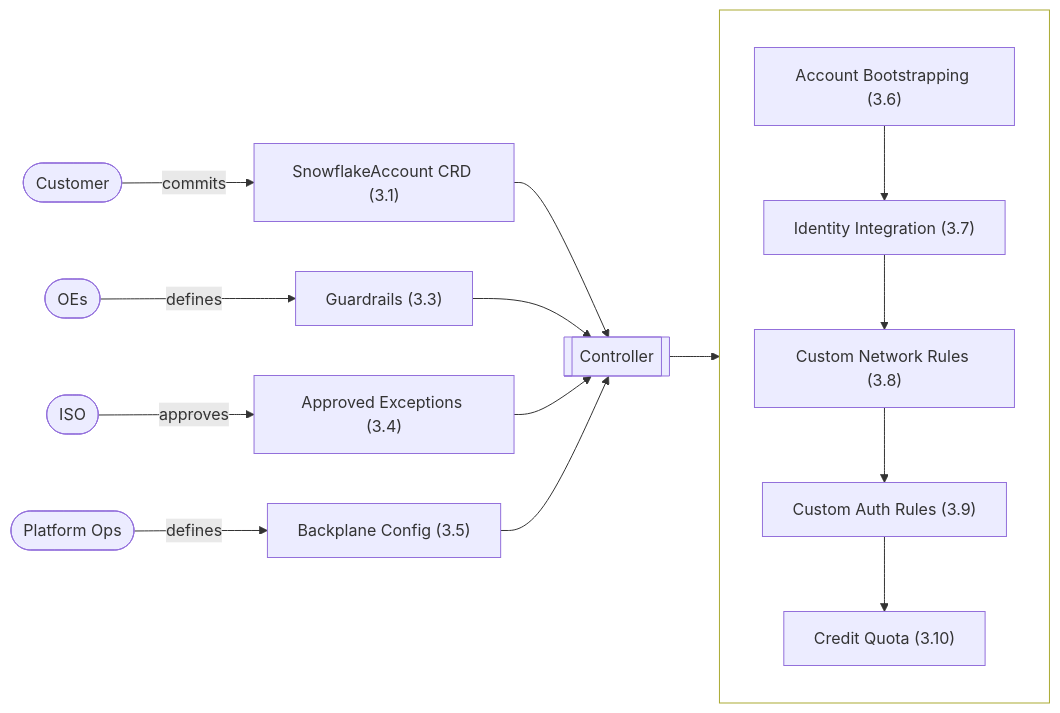
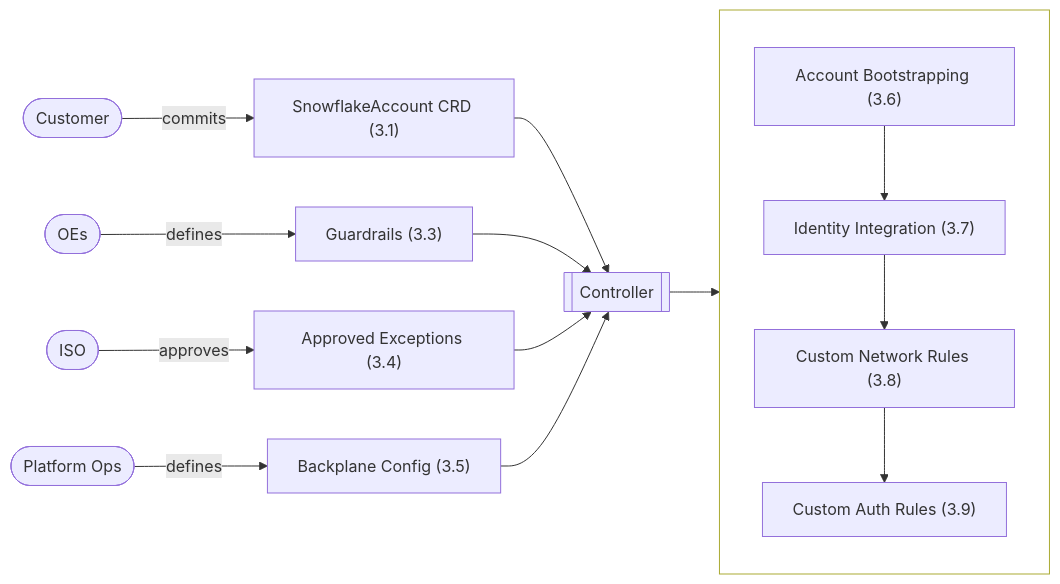
Before and after one commit to allianz/yukimi: the diagram in specs/design.md, drawn with Mermaid. The commit also changed other lines of this file and 22 other files, not shown here.

````diff
--- a/specs/design.md
+++ b/specs/design.md
@@ -152,24 +152,23 @@
 ```mermaid
 flowchart LR
     Customer([Customer]) -->|commits| CRD["SnowflakeAccount CRD (3.1)"]
     OEs([OEs]) -->|defines| Guardrails["Guardrails (3.3)"]
     ISO([ISO]) -->|approves| Exceptions["Approved Exceptions (3.4)"]
     Ops([Platform Ops]) -->|defines| BackplaneConfig["Backplane Config (3.5)"]
 
     CRD --> Controller[[Controller]]
     Guardrails --> Controller
     Exceptions --> Controller
     BackplaneConfig --> Controller
 
     Controller --> CreateFlow
 
     subgraph createFlowGroup [" "]
         direction TB
         CreateFlow["Account Bootstrapping (3.6)"] --> IdentityIntegration["Identity Integration (3.7)"]
         IdentityIntegration --> NetworkRules["Custom Network Rules (3.8)"]
         NetworkRules --> AuthRules["Custom Auth Rules (3.9)"]
-        AuthRules --> CreditQuota["Credit Quota (3.10)"]
     end
 
     style createFlowGroup fill:transparent
 ```
````
